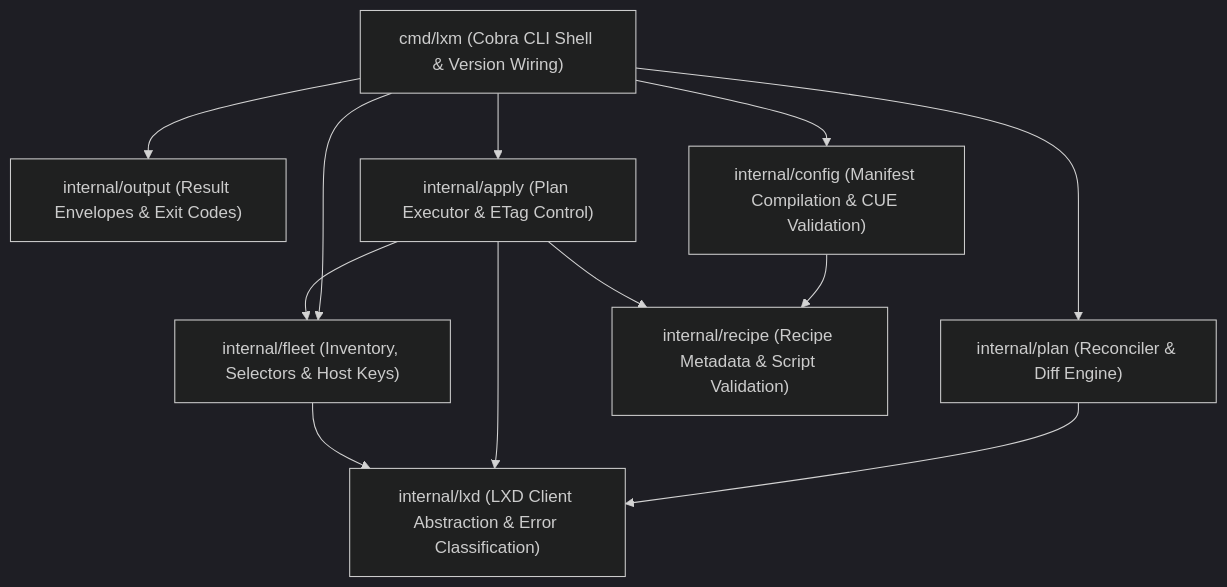
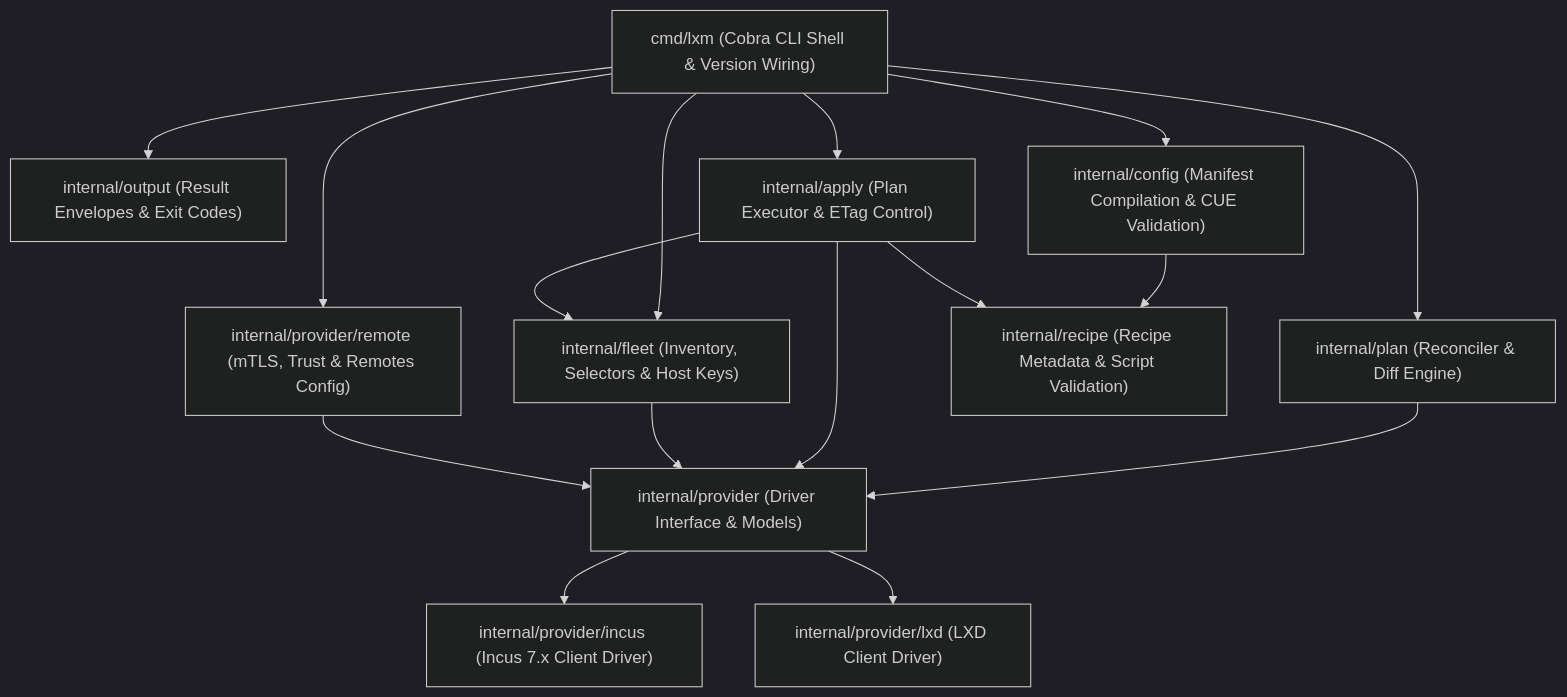
The first of 2 diagrams in ARCHITECTURE.md (aiyor/lxm), drawn with Mermaid (dark theme) before and after one commit. The commit also changed other lines of this file and 40 other files, not shown here.

First line of the commit message:
feat: add Incus 7.x driver and remote cluster management

````diff
--- a/ARCHITECTURE.md
+++ b/ARCHITECTURE.md
@@ -24,15 +24,19 @@
 ```mermaid
 graph TD
     CLI["cmd/lxm (Cobra CLI Shell & Version Wiring)"] --> Output["internal/output (Result Envelopes & Exit Codes)"]
     CLI --> Config["internal/config (Manifest Compilation & CUE Validation)"]
     CLI --> Fleet["internal/fleet (Inventory, Selectors & Host Keys)"]
     CLI --> Plan["internal/plan (Reconciler & Diff Engine)"]
     CLI --> Apply["internal/apply (Plan Executor & ETag Control)"]
+    CLI --> Remote["internal/provider/remote (mTLS, Trust & Remotes Config)"]
 
     Config --> Recipe["internal/recipe (Recipe Metadata & Script Validation)"]
-    Plan --> LXD["internal/lxd (LXD Client Abstraction & Error Classification)"]
-    Apply --> LXD
+    Plan --> Provider["internal/provider (Driver Interface & Models)"]
+    Apply --> Provider
     Apply --> Recipe
     Apply --> Fleet
-    Fleet --> LXD
+    Fleet --> Provider
+    Remote --> Provider
+    Provider --> Incus["internal/provider/incus (Incus 7.x Client Driver)"]
+    Provider --> LXD["internal/provider/lxd (LXD Client Driver)"]
 ```
````
